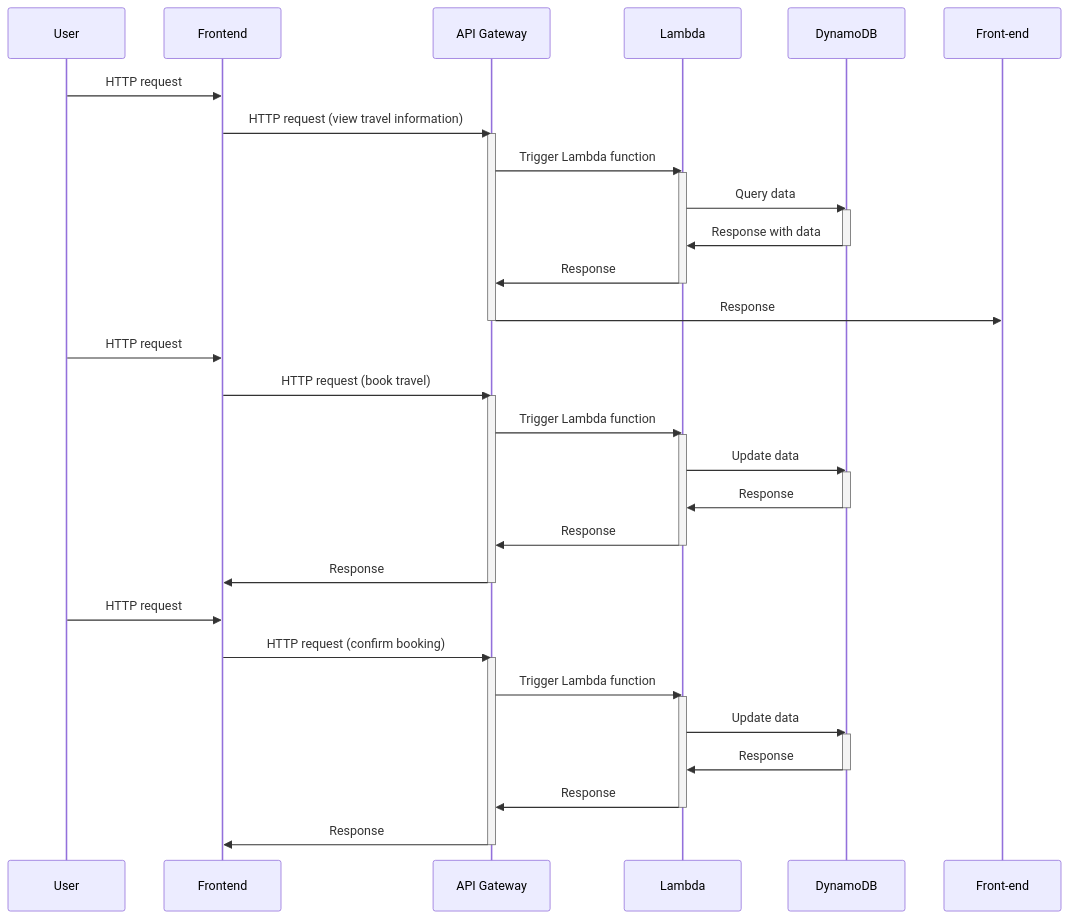
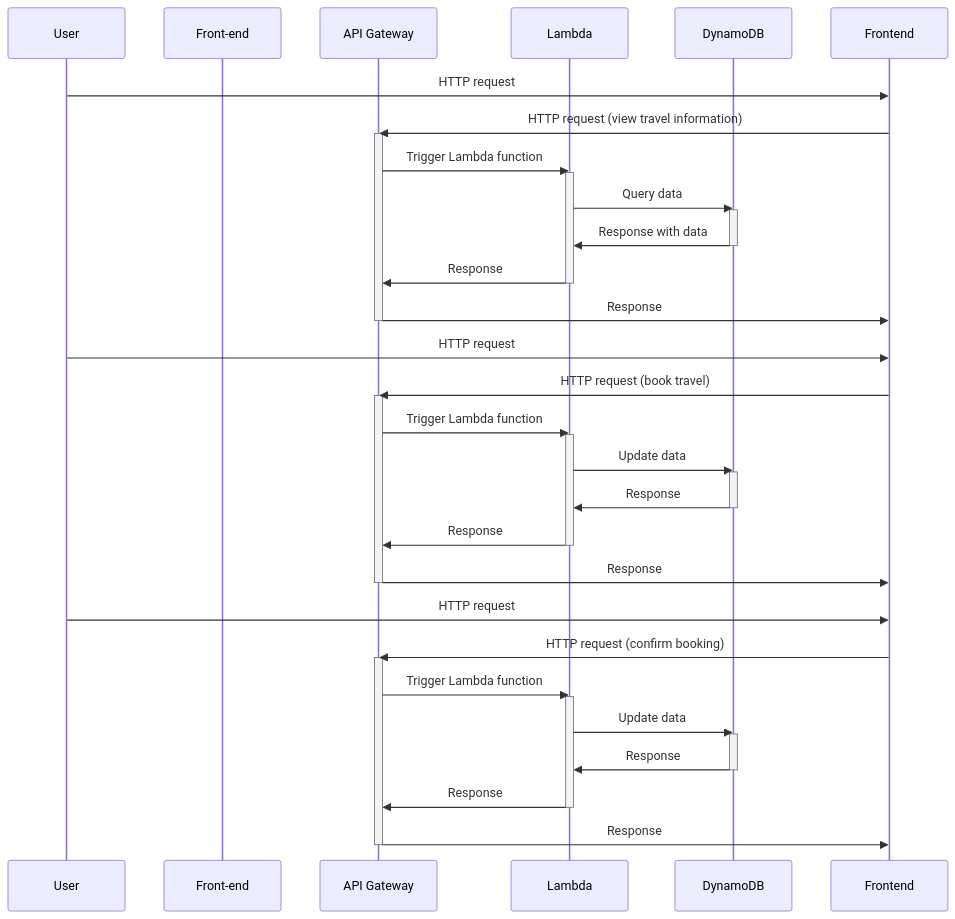
One commit to seven8301/iodraw-files changed the diagram in all/未命名.md. Above: the diagram before and after it, drawn with Mermaid.

Commit message:
2024-10-12 13:18:57 update

````diff
--- a/all/未命名.md
+++ b/all/未命名.md
@@ -1,50 +1,50 @@
 ```mermaid
 sequenceDiagram
     participant User
-    participant Frontend
+    participant Front-end
     participant API Gateway
     participant Lambda
     participant DynamoDB
 
     User->>Frontend: HTTP request
     Frontend->>API Gateway: HTTP request (view travel information)
     activate API Gateway
     API Gateway->>Lambda: Trigger Lambda function
     activate Lambda
     Lambda->>DynamoDB: Query data
     activate DynamoDB
     DynamoDB->>Lambda: Response with data
     deactivate DynamoDB
     Lambda->>API Gateway: Response
     deactivate Lambda
-    API Gateway->>Front-end: Response
+    API Gateway->>Frontend: Response
     deactivate API Gateway
 
     User->>Frontend: HTTP request
     Frontend->>API Gateway: HTTP request (book travel)
     activate API Gateway
     API Gateway->>Lambda: Trigger Lambda function
     activate Lambda
     Lambda->>DynamoDB: Update data
     activate DynamoDB
     DynamoDB->>Lambda: Response
     deactivate DynamoDB
     Lambda->>API Gateway: Response
     deactivate Lambda
     API Gateway->>Frontend: Response
     deactivate API Gateway
 
     User->>Frontend: HTTP request
     Frontend->>API Gateway: HTTP request (confirm booking)
     activate API Gateway
     API Gateway->>Lambda: Trigger Lambda function
     activate Lambda
     Lambda->>DynamoDB: Update data
     activate DynamoDB
     DynamoDB->>Lambda: Response
     deactivate DynamoDB
     Lambda->>API Gateway: Response
     deactivate Lambda
     API Gateway->>Frontend: Response
     deactivate API Gateway
 ```
````
